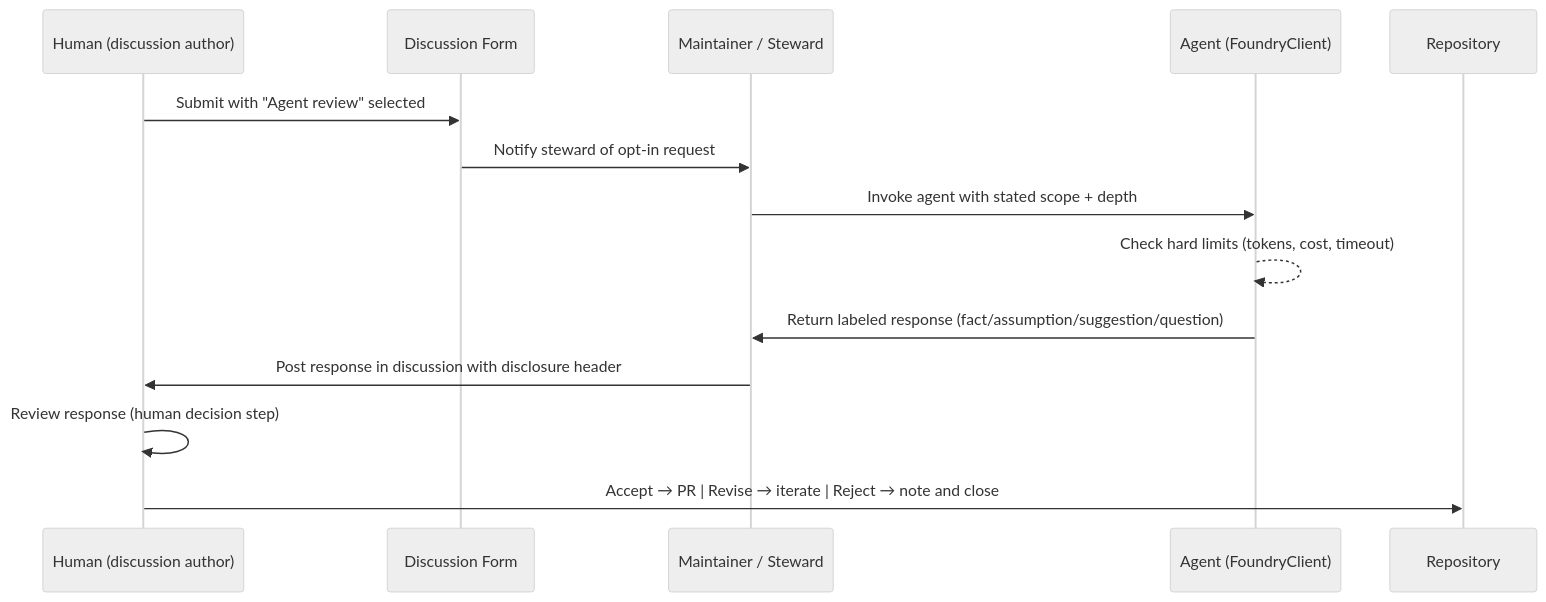
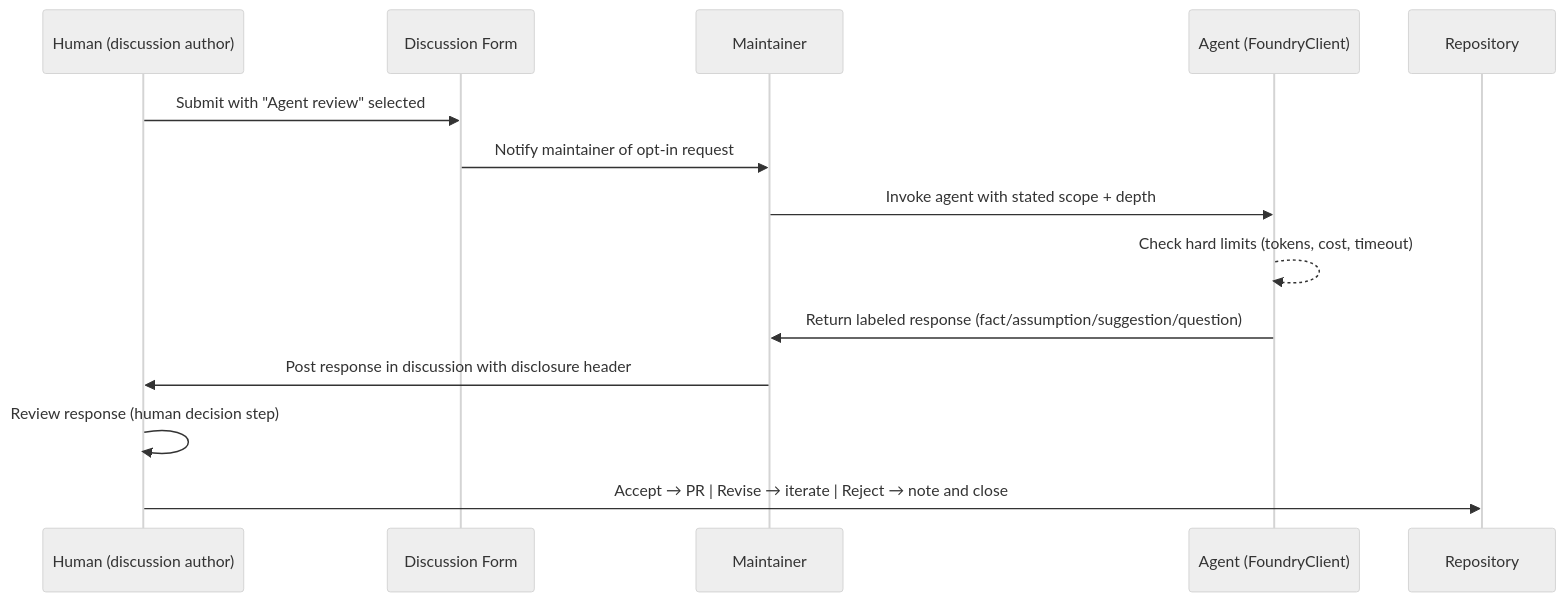
Before and after one commit to curationsx/yolo: the second of 2 diagrams in docs/PRD-aot-agent-protocol.md, drawn with Mermaid (neutral theme). The commit also changed other lines of this file and 22 other files, not shown here.

````diff
--- a/docs/PRD-aot-agent-protocol.md
+++ b/docs/PRD-aot-agent-protocol.md
@@ -118,17 +124,17 @@
 ```mermaid
 sequenceDiagram
     participant H as Human (discussion author)
     participant F as Discussion Form
-    participant M as Maintainer / Steward
+    participant M as Maintainer
     participant A as Agent (FoundryClient)
     participant R as Repository
 
     H->>F: Submit with "Agent review" selected
-    F->>M: Notify steward of opt-in request
+    F->>M: Notify maintainer of opt-in request
     M->>A: Invoke agent with stated scope + depth
     A-->>A: Check hard limits (tokens, cost, timeout)
     A->>M: Return labeled response (fact/assumption/suggestion/question)
     M->>H: Post response in discussion with disclosure header
     H->>H: Review response (human decision step)
     H->>R: Accept → PR | Revise → iterate | Reject → note and close
 ```
````
